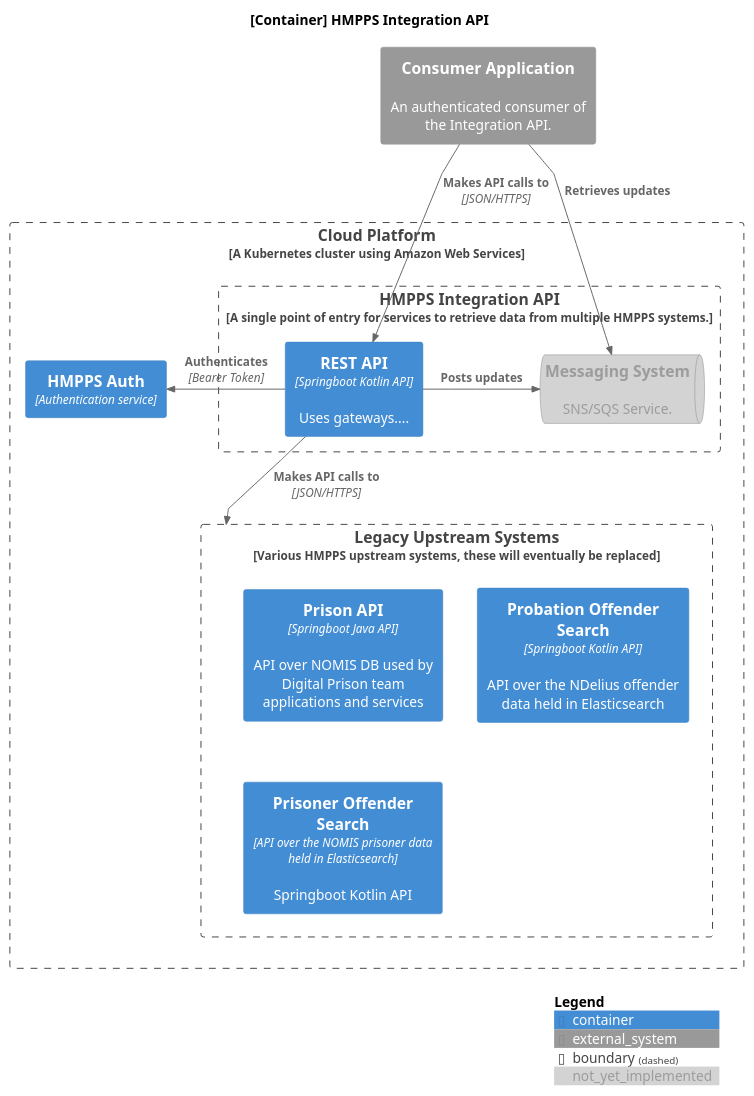
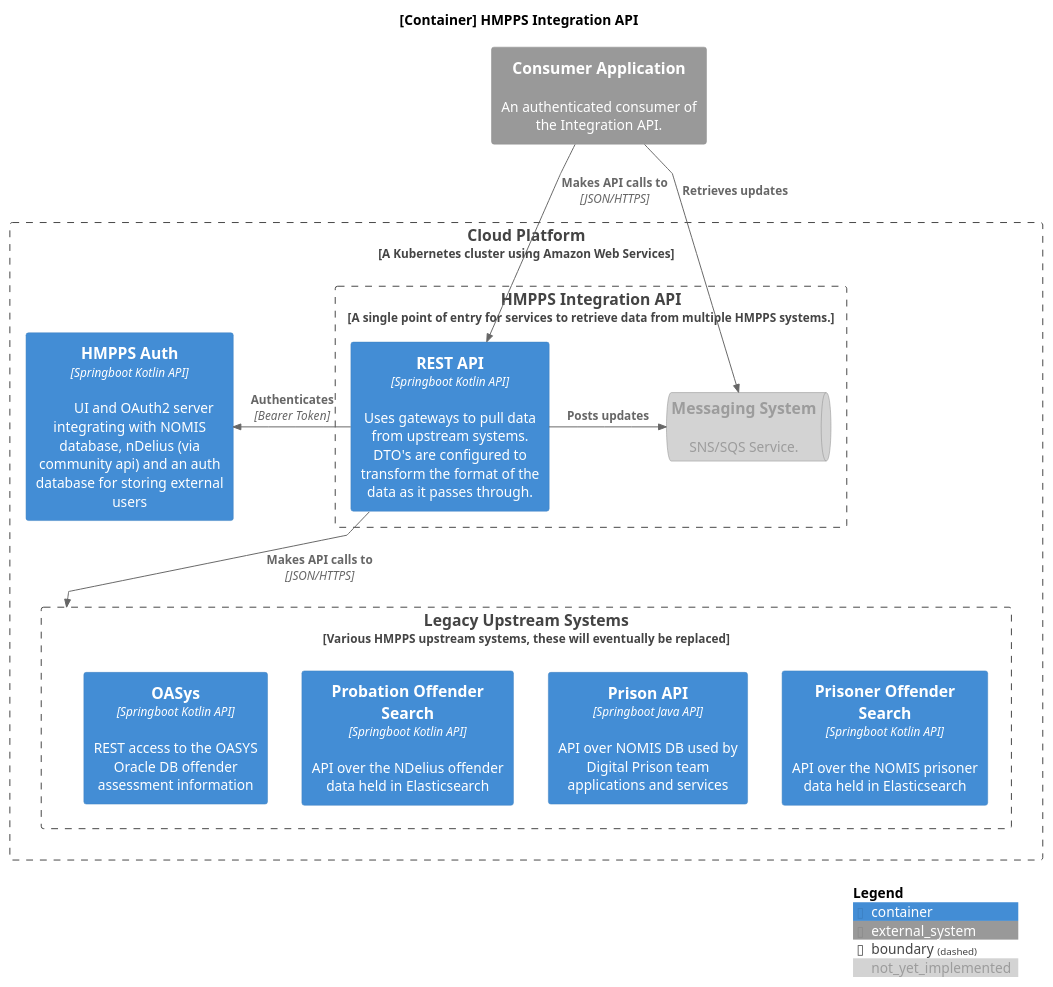
Before and after one commit to ministryofjustice/hmpps-integration-api: the diagram in docs/diagrams/container.puml, drawn with PlantUML.

Commit message:
Added links, and more detail

```diff
--- a/docs/diagrams/container.puml
+++ b/docs/diagrams/container.puml
@@ -1,42 +1,40 @@
 @startuml container
 
 !include https://raw.githubusercontent.com/plantuml-stdlib/C4-PlantUML/master/C4_Container.puml
 
 skinparam linetype polyline
 
 title [Container] HMPPS Integration API
 
 AddElementTag("not_yet_implemented", $bgColor="#D3D3D3", $fontColor="#9C9C9C")
 
 System_Ext(consumer, "Consumer Application", "An authenticated consumer of the Integration API.")
 
 Boundary(aws_cloudplatform, "Cloud Platform", "A Kubernetes cluster using Amazon Web Services", $link="https://user-guide.cloud-platform.service.justice.gov.uk/documentation/concepts/cp-tech-overview.html") {
-    Boundary(hmpps_integration_api, "HMPPS Integration API", "A single point of entry for services to retrieve data from multiple HMPPS systems.", $link="https://github.com/ministryofjustice/hmpps-integration-api"){
-        Container(springboot_api, "REST API", "Springboot Kotlin API", "Uses gateways....")
+    Boundary(hmpps_integration_api, "HMPPS Integration API", "A single point of entry for services to retrieve data from multiple HMPPS systems."){
+        Container(springboot_api, "REST API", "Springboot Kotlin API", "Uses gateways to pull data from upstream systems. DTO's are configured to transform the format of the data as it passes through.", $link="https://github.com/ministryofjustice/hmpps-integration-api")
             SystemQueue_Ext(messaging, "Messaging System", "SNS/SQS Service.",$tags="not_yet_implemented")
     }
 
-    Container(hmpps_auth, "HMPPS Auth", "Authentication service", $link="https://github.com/ministryofjustice/hmpps-auth")
+    Container(hmpps_auth, "HMPPS Auth", "Springboot Kotlin API", "	UI and OAuth2 server integrating with NOMIS database, nDelius (via community api) and an auth database for storing external users", $link="https://github.com/ministryofjustice/hmpps-auth")
 
     Boundary(upstream, "Legacy Upstream Systems", "Various HMPPS upstream systems, these will eventually be replaced"){
-        Container(prison_api, "Prison API", "Springboot Java API", "API over NOMIS DB used by Digital Prison team applications and services")
+        Container(prison_api, "Prison API", "Springboot Java API", "API over NOMIS DB used by Digital Prison team applications and services", $link="https://github.com/ministryofjustice/prison-api")
+        Container(probation_offender_search, "Probation Offender Search", "Springboot Kotlin API", "API over the NDelius offender data held in Elasticsearch", $link="https://probation-offender-search-dev.hmpps.service.justice.gov.uk/swagger-ui/index.html")
+        Container(prison_offender_search, "Prisoner Offender Search", "Springboot Kotlin API", "API over the NOMIS prisoner data held in Elasticsearch", $link="https://github.com/ministryofjustice/prisoner-offender-search")
+        Container(oasys, "OASys", "Springboot Kotlin API", "REST access to the OASYS Oracle DB offender assessment information", $link="https://github.com/ministryofjustice/offender-assessments-api-kotlin", $tags="not_yet_implemented")
+        Lay_L(prison_offender_search, prison_api)
+    }
 
-        Container(probation_offender_search, "Probation Offender Search", "Springboot Kotlin API", "API over the NDelius offender data held in Elasticsearch")
-
-        Container(prison_offender_search, "Prisoner Offender Search", "API over the NOMIS prisoner data held in Elasticsearch",  "Springboot Kotlin API")
-    }
+    Container(oasys, "OASys", "Springboot Kotlin API", "REST access to the OASYS Oracle DB offender assessment information")
 }
 
 Rel(consumer, springboot_api, "Makes API calls to", "JSON/HTTPS")
 Rel(consumer, messaging, "Retrieves updates")
-
 Rel_Right(springboot_api, messaging, "Posts updates")
-
-
 Rel_Right(springboot_api, hmpps_auth, "Authenticates", "Bearer Token")
-
 Rel_Down(springboot_api, upstream, "Makes API calls to", "JSON/HTTPS")
 
 SHOW_DYNAMIC_LEGEND()
 
 @enduml
```
